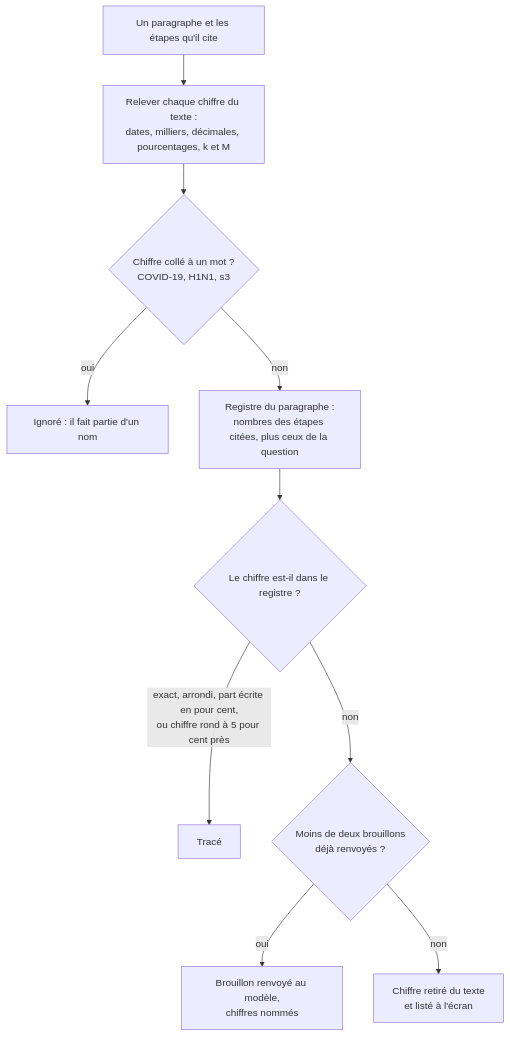
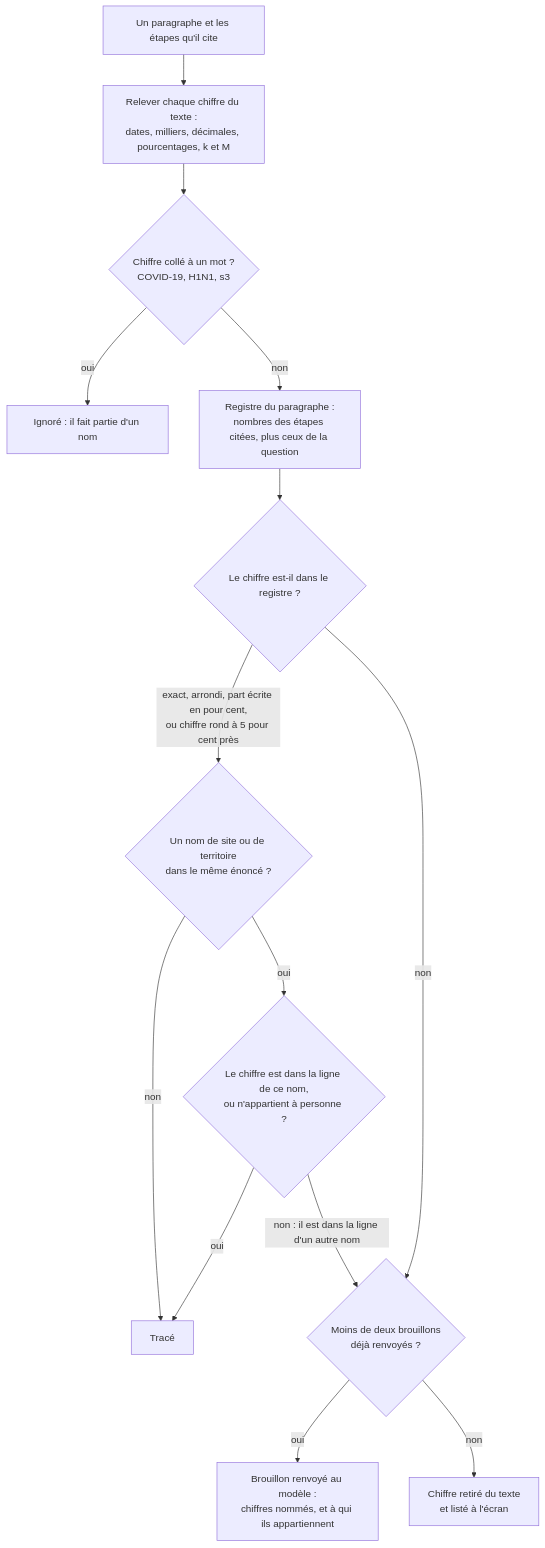
Before and after one commit to V1ktor7/obscyro: the second of 29 diagrams in docs/algorithms.md, drawn with Mermaid. The commit also changed other lines of this file and 11 other files, not shown here.

First line of the commit message:
fix(analyste): un chiffre écrit à côté d'un site doit être dans la ligne de ce site

````diff
--- a/docs/algorithms.md
+++ b/docs/algorithms.md
@@ -107,12 +107,16 @@
 ```mermaid
 flowchart TD
     A["Un paragraphe et les étapes qu'il cite"] --> B["Relever chaque chiffre du texte :<br/>dates, milliers, décimales, pourcentages, k et M"]
     B --> C{"Chiffre collé à un mot ?<br/>COVID-19, H1N1, s3"}
     C -->|"oui"| D["Ignoré : il fait partie d'un nom"]
     C -->|"non"| E["Registre du paragraphe :<br/>nombres des étapes citées, plus ceux de la question"]
     E --> F{"Le chiffre est-il dans le registre ?"}
-    F -->|"exact, arrondi, part écrite en pour cent,<br/>ou chiffre rond à 5 pour cent près"| G["Tracé"]
-    F -->|"non"| H{"Moins de deux brouillons<br/>déjà renvoyés ?"}
-    H -->|"oui"| I["Brouillon renvoyé au modèle,<br/>chiffres nommés"]
+    F -->|"exact, arrondi, part écrite en pour cent,<br/>ou chiffre rond à 5 pour cent près"| K{"Un nom de site ou de territoire<br/>dans le même énoncé ?"}
+    K -->|"non"| G["Tracé"]
+    K -->|"oui"| L{"Le chiffre est dans la ligne de ce nom,<br/>ou n'appartient à personne ?"}
+    L -->|"oui"| G
+    L -->|"non : il est dans la ligne d'un autre nom"| H{"Moins de deux brouillons<br/>déjà renvoyés ?"}
+    F -->|"non"| H
+    H -->|"oui"| I["Brouillon renvoyé au modèle :<br/>chiffres nommés, et à qui ils appartiennent"]
     H -->|"non"| J["Chiffre retiré du texte<br/>et listé à l'écran"]
 ```
````
